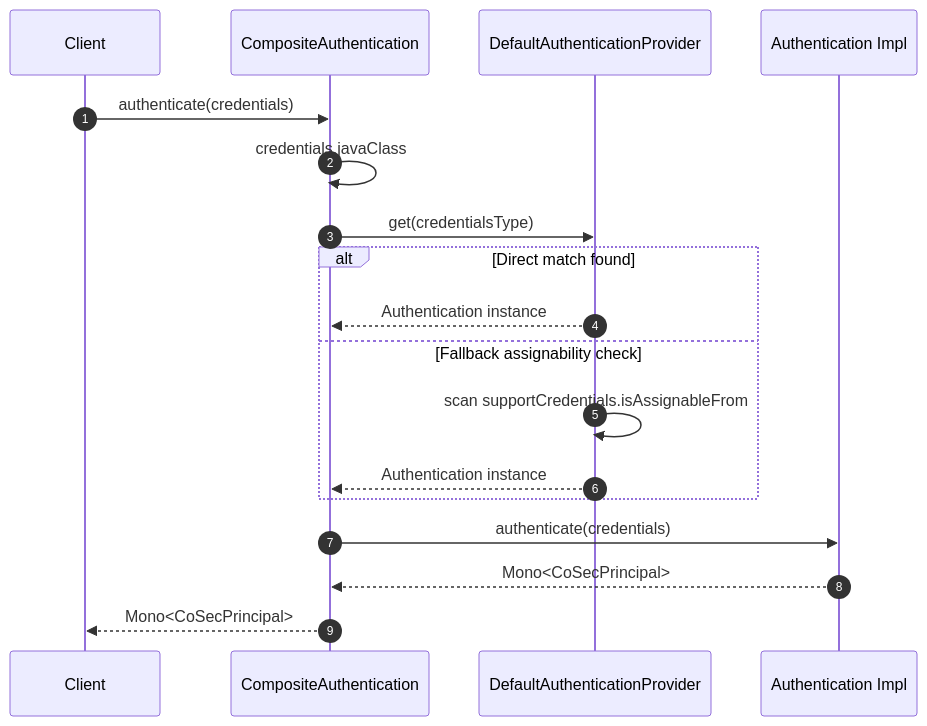
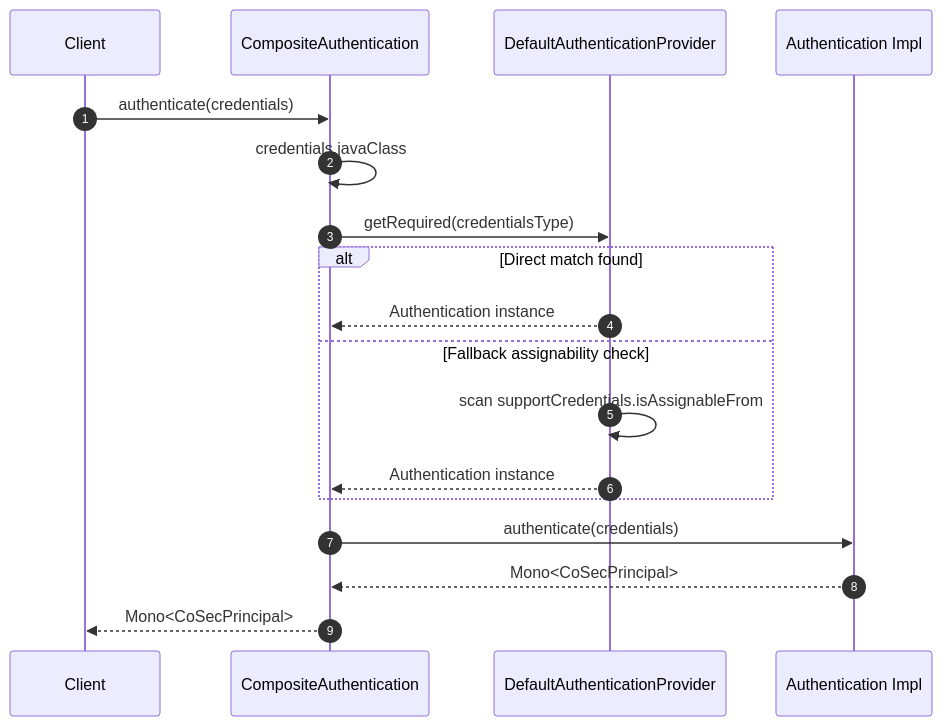
Before and after one commit to Ahoo-Wang/CoSec: the second of 3 diagrams in wiki/deep-dive/authentication/authentication-system.md, drawn with Mermaid. The commit also changed other lines of this file and 59 other files, not shown here.

````diff
--- a/wiki/deep-dive/authentication/authentication-system.md
+++ b/wiki/deep-dive/authentication/authentication-system.md
@@ -106,21 +106,21 @@
 ```mermaid
 sequenceDiagram
     autonumber
     participant Client
     participant CompositeAuth as CompositeAuthentication
     participant Provider as DefaultAuthenticationProvider
     participant AuthImpl as Authentication Impl
     Client->>CompositeAuth: authenticate(credentials)
     CompositeAuth->>CompositeAuth: credentials.javaClass
-    CompositeAuth->>Provider: get(credentialsType)
+    CompositeAuth->>Provider: getRequired(credentialsType)
     alt Direct match found
         Provider-->>CompositeAuth: Authentication instance
     else Fallback assignability check
         Provider->>Provider: scan supportCredentials.isAssignableFrom
         Provider-->>CompositeAuth: Authentication instance
     end
     CompositeAuth->>AuthImpl: authenticate(credentials)
     AuthImpl-->>CompositeAuth: Mono<CoSecPrincipal>
     CompositeAuth-->>Client: Mono<CoSecPrincipal>
 
 ```
````
